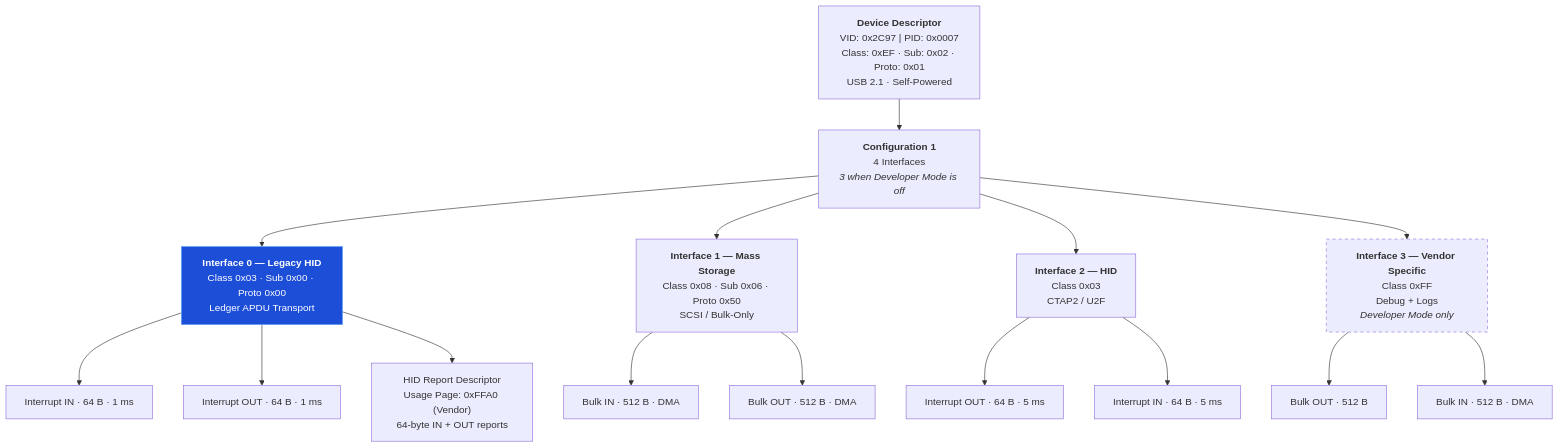
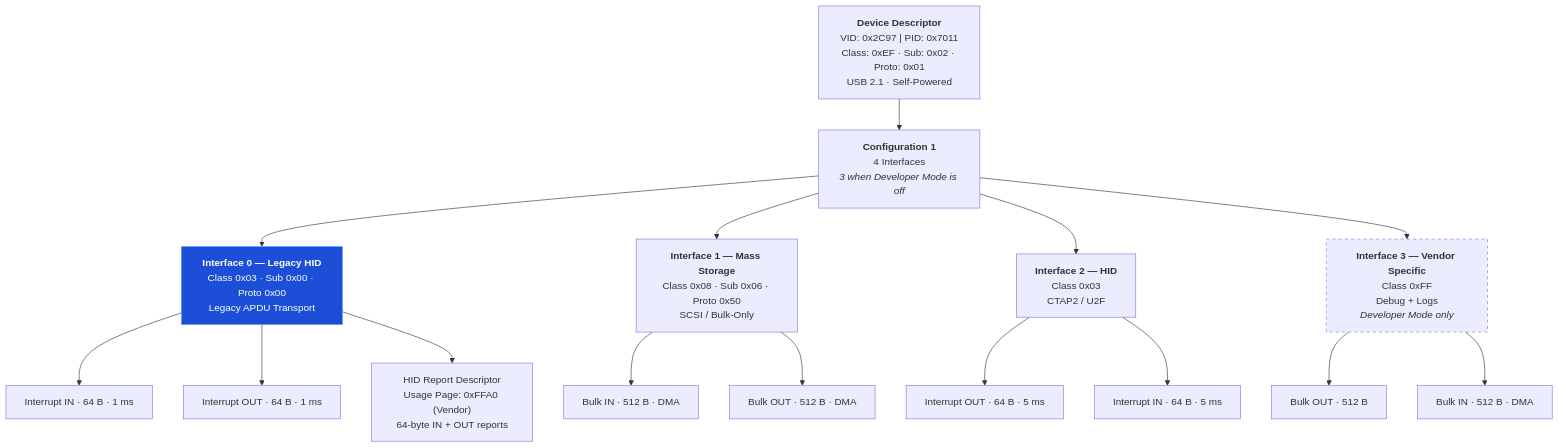
Before and after one commit to Foundation-Devices/KeyOS: the second of 4 diagrams in docs/usb-architecture.md, drawn with Mermaid. The commit also changed other lines of this file and 128 other files, not shown here.

````diff
--- a/docs/usb-architecture.md
+++ b/docs/usb-architecture.md
@@ -87,43 +87,43 @@
 ```mermaid
 graph TD
-    DEV2["<b>Device Descriptor</b><br/>VID: 0x2C97 | PID: 0x0007<br/>Class: 0xEF · Sub: 0x02 · Proto: 0x01<br/>USB 2.1 · Self-Powered"]
+    DEV2["<b>Device Descriptor</b><br/>VID: 0x2C97 | PID: 0x7011<br/>Class: 0xEF · Sub: 0x02 · Proto: 0x01<br/>USB 2.1 · Self-Powered"]
     CFG2["<b>Configuration 1</b><br/>4 Interfaces<br/><i>3 when Developer Mode is off</i>"]
 
     DEV2 --> CFG2
 
-    LIF0["<b>Interface 0 — Legacy HID</b><br/>Class 0x03 · Sub 0x00 · Proto 0x00<br/>Ledger APDU Transport"]
+    LIF0["<b>Interface 0 — Legacy HID</b><br/>Class 0x03 · Sub 0x00 · Proto 0x00<br/>Legacy APDU Transport"]
     LIF1["<b>Interface 1 — Mass Storage</b><br/>Class 0x08 · Sub 0x06 · Proto 0x50<br/>SCSI / Bulk-Only"]
     LIF2["<b>Interface 2 — HID</b><br/>Class 0x03<br/>CTAP2 / U2F"]
     LIF3["<b>Interface 3 — Vendor Specific</b><br/>Class 0xFF<br/>Debug + Logs<br/><i>Developer Mode only</i>"]
 
     CFG2 --> LIF0
     CFG2 --> LIF1
     CFG2 --> LIF2
     CFG2 --> LIF3
 
     LEP_OUT["Interrupt OUT · 64 B · 1 ms"]
     LEP_IN["Interrupt IN · 64 B · 1 ms"]
     LIF0 --> LEP_IN
     LIF0 --> LEP_OUT
 
     LHID["HID Report Descriptor<br/>Usage Page: 0xFFA0 (Vendor)<br/>64-byte IN + OUT reports"]
     LIF0 --> LHID
 
     LMS_IN["Bulk IN · 512 B · DMA"]
     LMS_OUT["Bulk OUT · 512 B · DMA"]
     LIF1 --> LMS_IN
     LIF1 --> LMS_OUT
 
     LCTAP_OUT["Interrupt OUT · 64 B · 5 ms"]
     LCTAP_IN["Interrupt IN · 64 B · 5 ms"]
     LIF2 --> LCTAP_OUT
     LIF2 --> LCTAP_IN
 
     LDBG_OUT["Bulk OUT · 512 B"]
     LDBG_IN["Bulk IN · 512 B · DMA"]
     LIF3 --> LDBG_OUT
     LIF3 --> LDBG_IN
 
     style LIF3 stroke-dasharray: 5 5
     style LIF0 fill:#1d4ed8,stroke:#60a5fa,color:#fff
 ```
````
